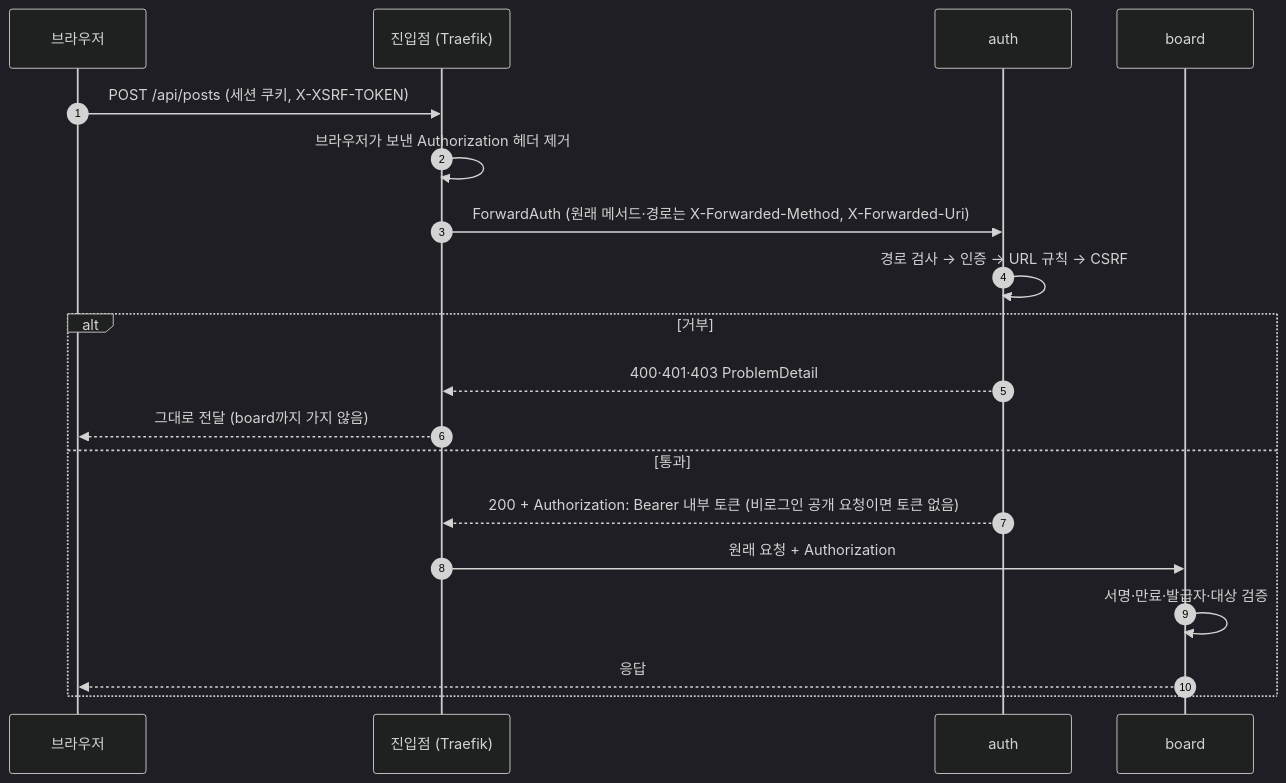
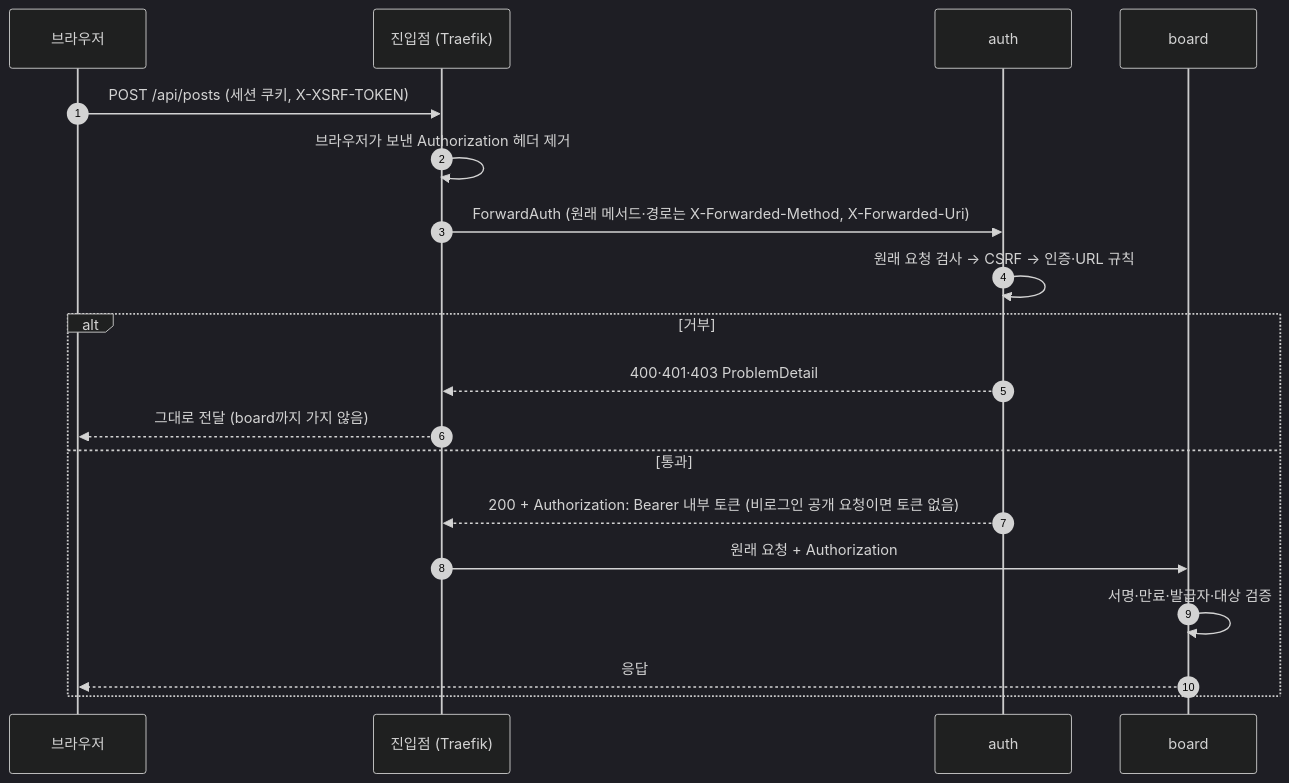
Before and after one commit to HseongH/bbs: the second of 2 diagrams in docs/project/sds.md, drawn with Mermaid (dark theme). The commit also changed other lines of this file and 9 other files, not shown here.

````diff
--- a/docs/project/sds.md
+++ b/docs/project/sds.md
@@ -217,21 +217,21 @@
 ```mermaid
 sequenceDiagram
     autonumber
     participant B as 브라우저
     participant T as 진입점 (Traefik)
     participant A as auth
     participant D as board
     B->>T: POST /api/posts (세션 쿠키, X-XSRF-TOKEN)
     T->>T: 브라우저가 보낸 Authorization 헤더 제거
     T->>A: ForwardAuth (원래 메서드·경로는 X-Forwarded-Method, X-Forwarded-Uri)
-    A->>A: 경로 검사 → 인증 → URL 규칙 → CSRF
+    A->>A: 원래 요청 검사 → CSRF → 인증·URL 규칙
     alt 거부
         A-->>T: 400·401·403 ProblemDetail
         T-->>B: 그대로 전달 (board까지 가지 않음)
     else 통과
         A-->>T: 200 + Authorization: Bearer 내부 토큰 (비로그인 공개 요청이면 토큰 없음)
         T->>D: 원래 요청 + Authorization
         D->>D: 서명·만료·발급자·대상 검증
         D-->>B: 응답
     end
 ```
````
